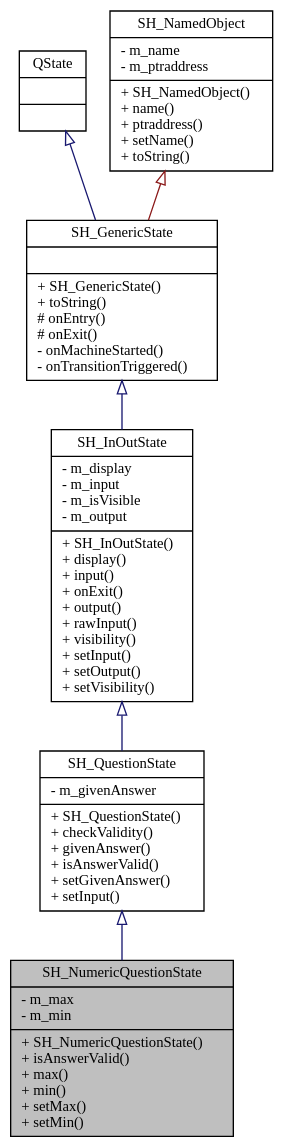
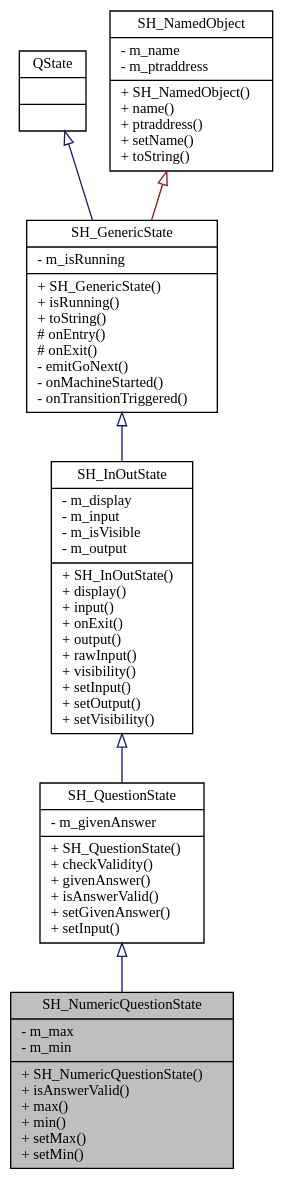
Before and after one commit to tiffmaelite/hotel-precheck: the diagram in PreCheck/doxygen-html/classSH__NumericQuestionState__inherit__graph.dot, drawn with Graphviz. The commit also changed 3610 other files, not shown here.

```diff
--- a/PreCheck/doxygen-html/classSH__NumericQuestionState__inherit__graph.dot
+++ b/PreCheck/doxygen-html/classSH__NumericQuestionState__inherit__graph.dot
@@ -1,18 +1,18 @@
 digraph "SH_NumericQuestionState"
 {
  // INTERACTIVE_SVG=YES
   bgcolor="transparent";
   edge [fontname="Verdana",fontsize="11",labelfontname="Verdana",labelfontsize="11"];
   node [fontname="Verdana",fontsize="11",shape=record];
   Node1 [label="{SH_NumericQuestionState\n|- m_max\l- m_min\l|+ SH_NumericQuestionState()\l+ isAnswerValid()\l+ max()\l+ min()\l+ setMax()\l+ setMin()\l}",height=0.2,width=0.4,color="black", fillcolor="grey75", style="filled" fontcolor="black"];
   Node2 -> Node1 [dir="back",color="midnightblue",fontsize="11",style="solid",arrowtail="onormal",fontname="Verdana"];
   Node2 [label="{SH_QuestionState\n|- m_givenAnswer\l|+ SH_QuestionState()\l+ checkValidity()\l+ givenAnswer()\l+ isAnswerValid()\l+ setGivenAnswer()\l+ setInput()\l}",height=0.2,width=0.4,color="black",URL="$classSH__QuestionState.html"];
   Node3 -> Node2 [dir="back",color="midnightblue",fontsize="11",style="solid",arrowtail="onormal",fontname="Verdana"];
   Node3 [label="{SH_InOutState\n|- m_display\l- m_input\l- m_isVisible\l- m_output\l|+ SH_InOutState()\l+ display()\l+ input()\l+ onExit()\l+ output()\l+ rawInput()\l+ visibility()\l+ setInput()\l+ setOutput()\l+ setVisibility()\l}",height=0.2,width=0.4,color="black",URL="$classSH__InOutState.html"];
   Node4 -> Node3 [dir="back",color="midnightblue",fontsize="11",style="solid",arrowtail="onormal",fontname="Verdana"];
-  Node4 [label="{SH_GenericState\n||+ SH_GenericState()\l+ toString()\l# onEntry()\l# onExit()\l- onMachineStarted()\l- onTransitionTriggered()\l}",height=0.2,width=0.4,color="black",URL="$classSH__GenericState.html"];
+  Node4 [label="{SH_GenericState\n|- m_isRunning\l|+ SH_GenericState()\l+ isRunning()\l+ toString()\l# onEntry()\l# onExit()\l- emitGoNext()\l- onMachineStarted()\l- onTransitionTriggered()\l}",height=0.2,width=0.4,color="black",URL="$classSH__GenericState.html"];
   Node5 -> Node4 [dir="back",color="midnightblue",fontsize="11",style="solid",arrowtail="onormal",fontname="Verdana"];
   Node5 [label="{QState\n||}",height=0.2,width=0.4,color="black",URL="$classQState.html"];
   Node6 -> Node4 [dir="back",color="firebrick4",fontsize="11",style="solid",arrowtail="onormal",fontname="Verdana"];
   Node6 [label="{SH_NamedObject\n|- m_name\l- m_ptraddress\l|+ SH_NamedObject()\l+ name()\l+ ptraddress()\l+ setName()\l+ toString()\l}",height=0.2,width=0.4,color="black",URL="$classSH__NamedObject.html"];
 }
```
